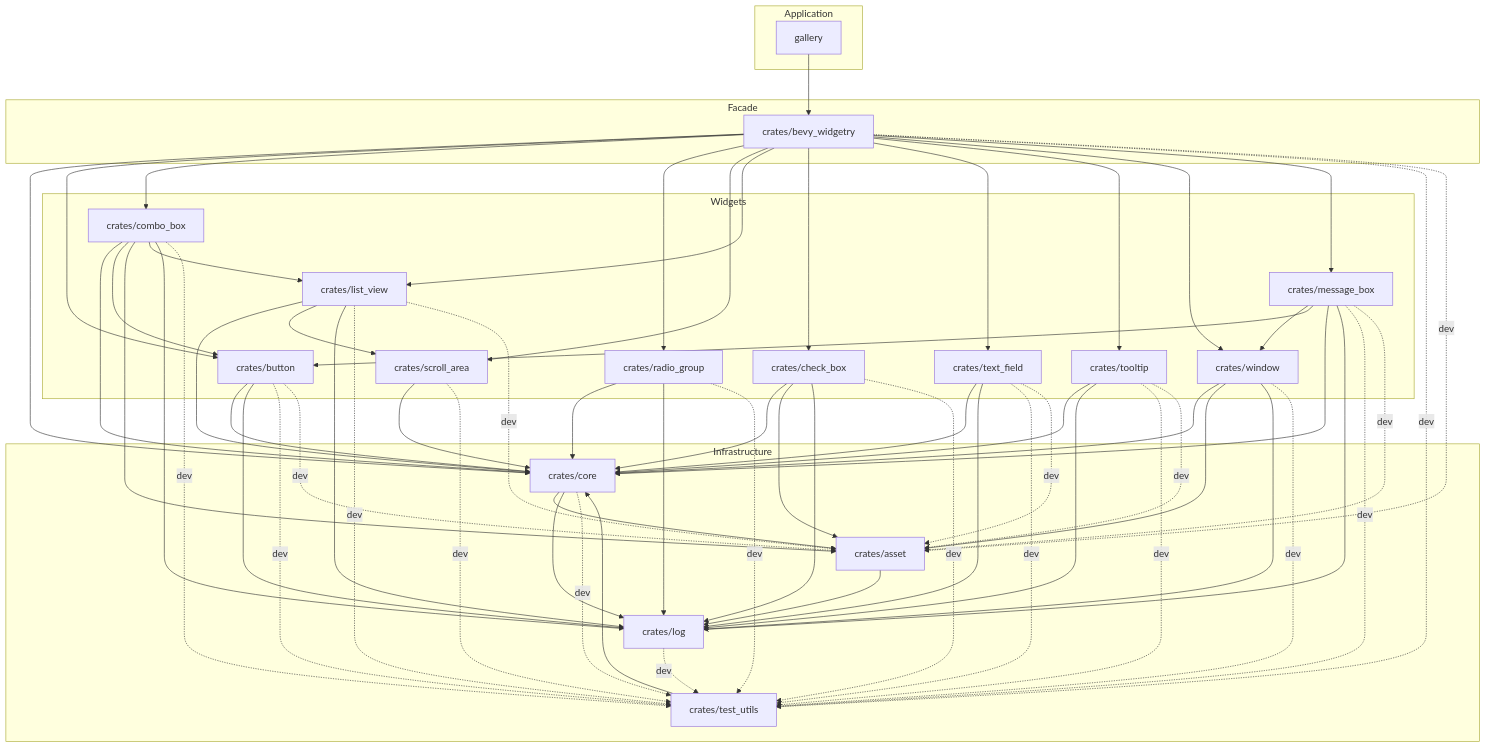
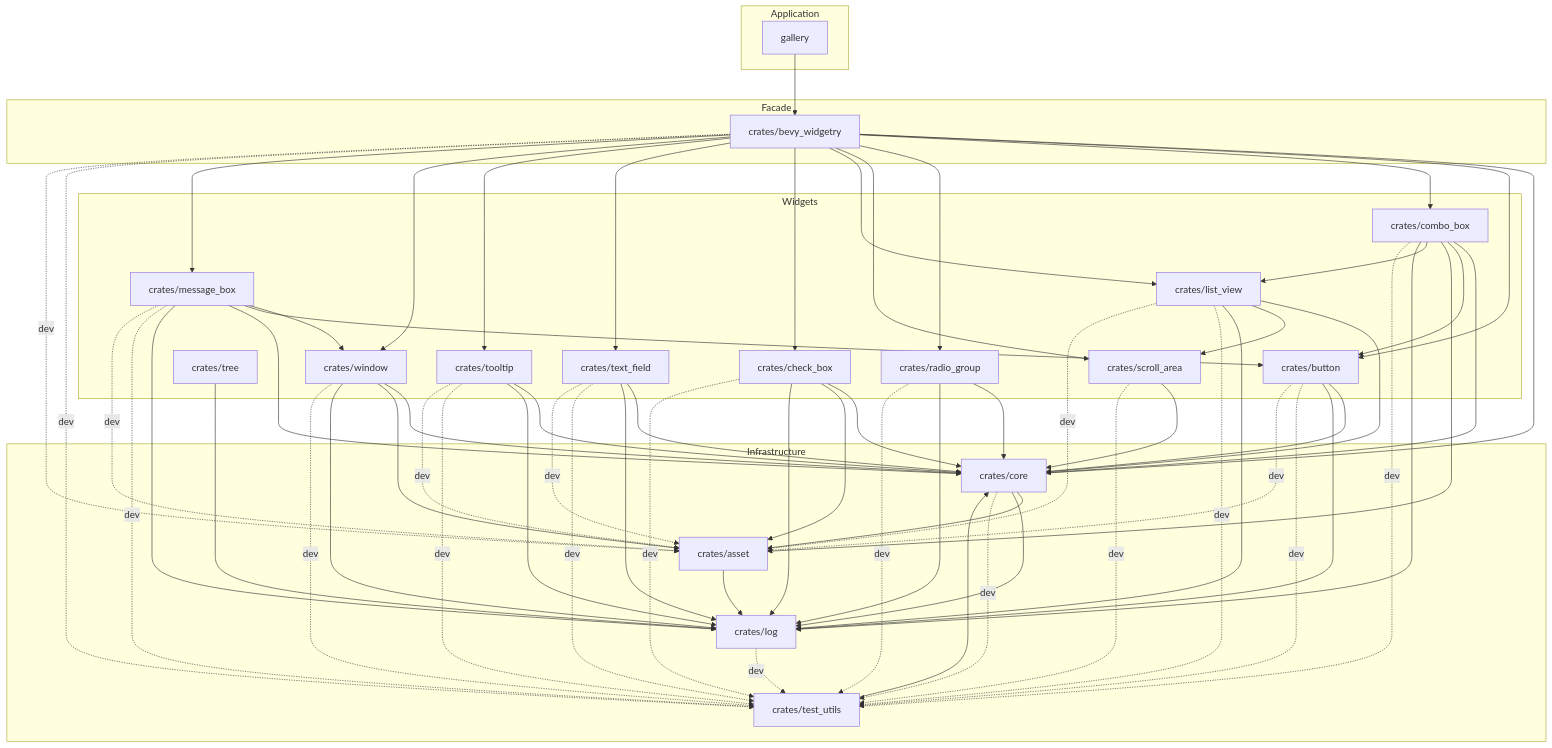
Before and after one commit to slc90/bevy_widgetry: the diagram in docs/architecture.md, drawn with Mermaid. The commit also changed other lines of this file and 5 other files, not shown here.

```diff
--- a/docs/architecture.md
+++ b/docs/architecture.md
@@ -180,6 +185,7 @@
         radio_group["crates/radio_group"]
         scroll_area["crates/scroll_area"]
         list_view["crates/list_view"]
+        tree["crates/tree"]
         check_box["crates/check_box"]
         text_field["crates/text_field"]
         tooltip["crates/tooltip"]
@@ -227,6 +233,7 @@
     list_view --> log
     list_view -. dev .-> test_utils
     list_view -. dev .-> asset
+    tree --> log
     check_box --> core
     check_box --> asset
     check_box --> log
```
